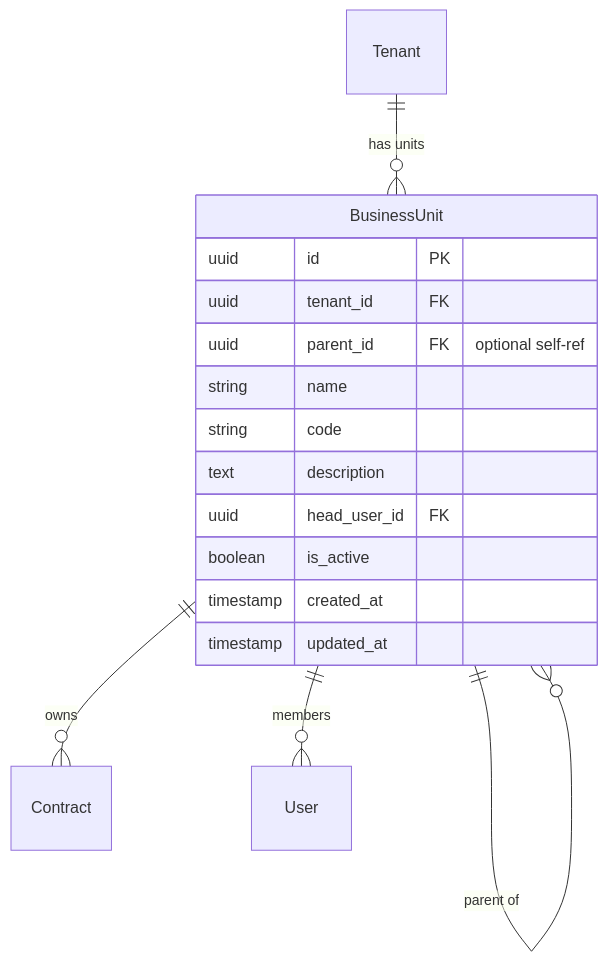
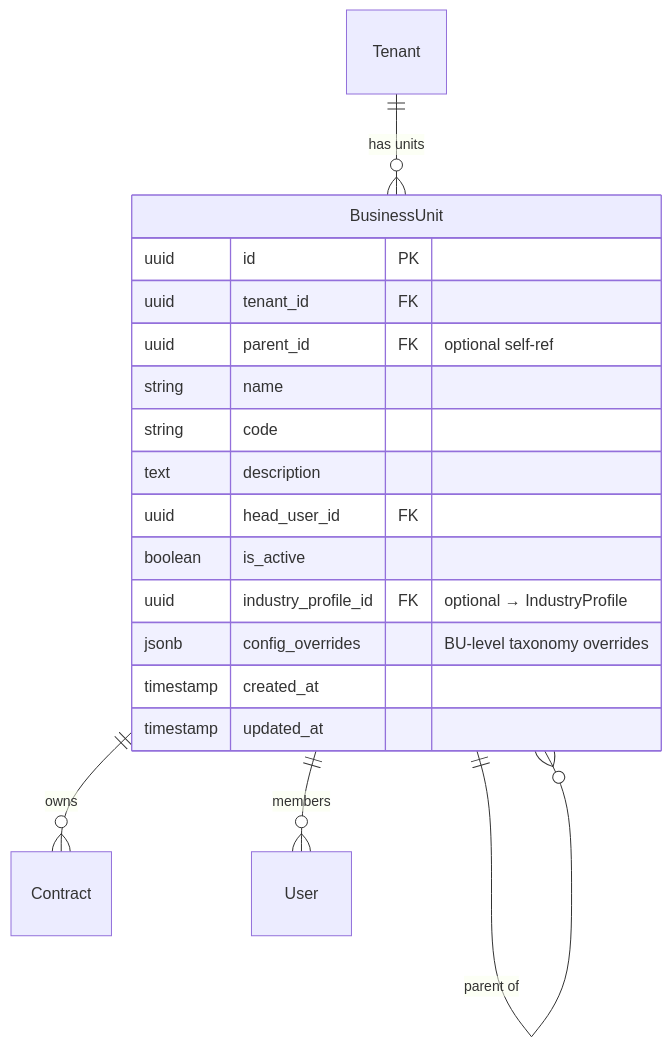
The fourth of 59 diagrams in docs/DATA_MODEL.md (jjayarajdev/clm-evaluetor), drawn with Mermaid before and after one commit. The commit also changed other lines of this file and 65 other files, not shown here.

````diff
--- a/docs/DATA_MODEL.md
+++ b/docs/DATA_MODEL.md
@@ -143,20 +146,22 @@
 ```mermaid
 erDiagram
     Tenant ||--o{ BusinessUnit : "has units"
     BusinessUnit ||--o{ BusinessUnit : "parent of"
     BusinessUnit ||--o{ Contract : "owns"
     BusinessUnit ||--o{ User : "members"
 
     BusinessUnit {
         uuid id PK
         uuid tenant_id FK
         uuid parent_id FK "optional self-ref"
         string name
         string code
         text description
         uuid head_user_id FK
         boolean is_active
+        uuid industry_profile_id FK "optional → IndustryProfile"
+        jsonb config_overrides "BU-level taxonomy overrides"
         timestamp created_at
         timestamp updated_at
     }
 ```
````
